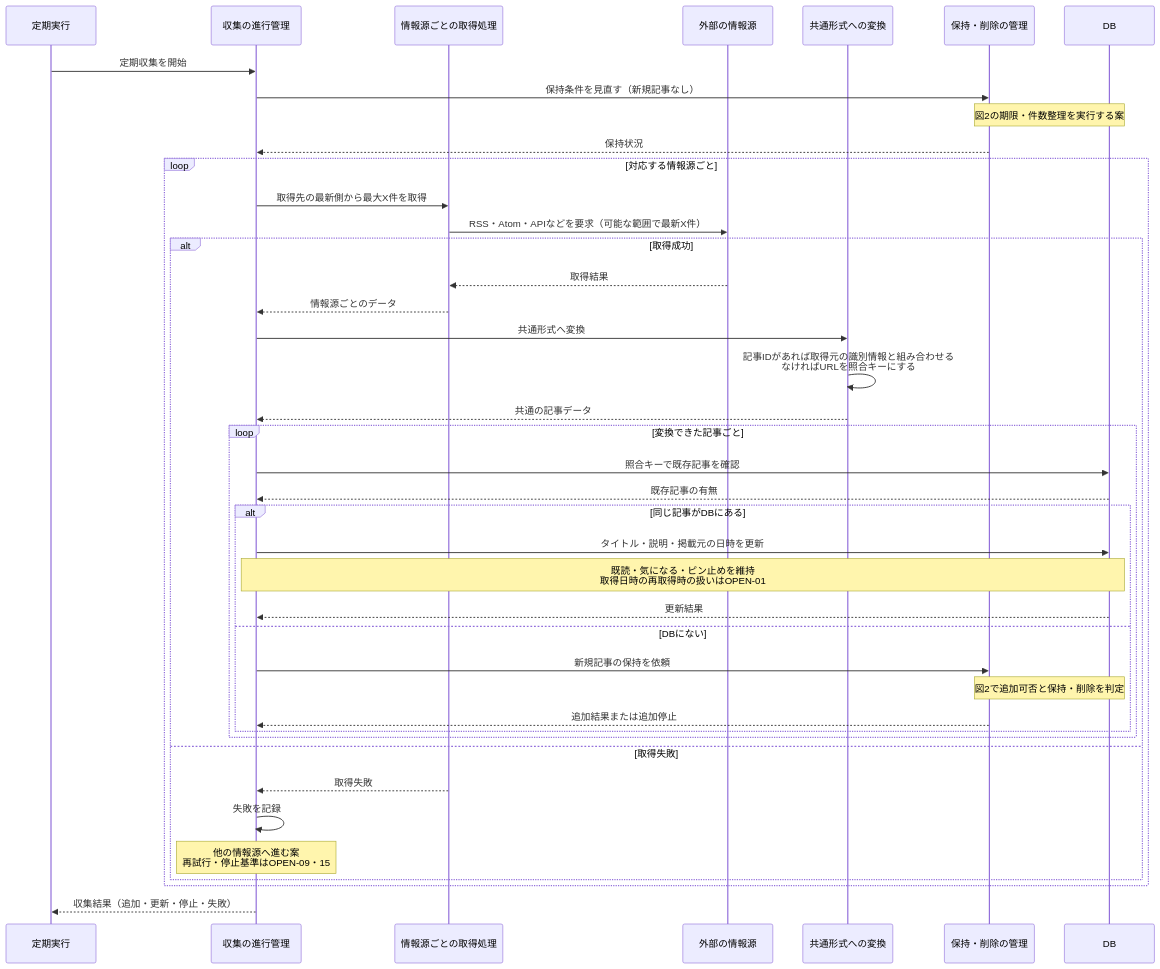
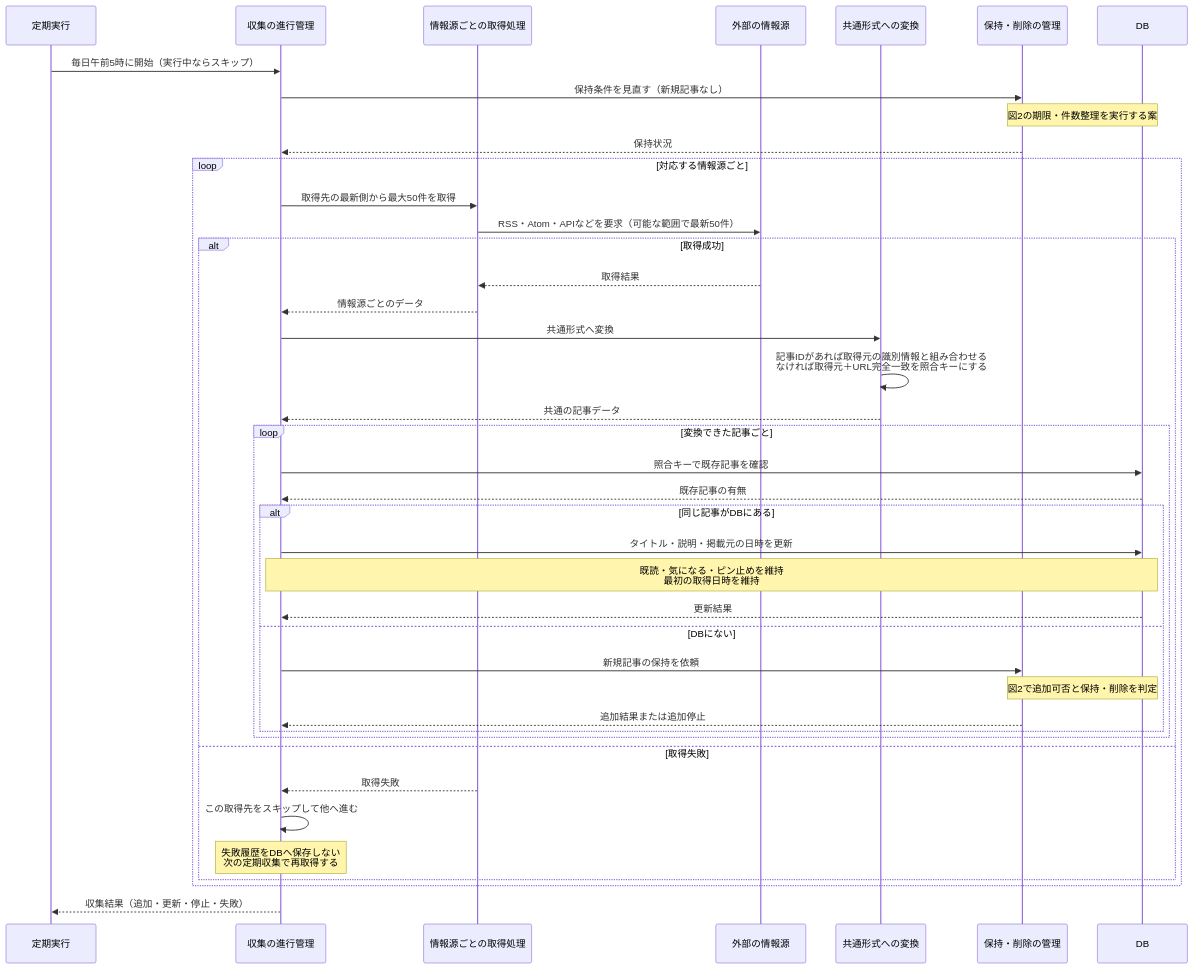
The first of 2 diagrams in docs/sequences-server.md (BeppuKanato/it-discovery), drawn with Mermaid before and after one commit. The commit also changed other lines of this file and 7 other files, not shown here.

````diff
--- a/docs/sequences-server.md
+++ b/docs/sequences-server.md
@@ -29,48 +29,48 @@
 ```mermaid
 sequenceDiagram
     participant Timer as 定期実行
     participant Collect as 収集の進行管理
     participant Fetch as 情報源ごとの取得処理
     participant Source as 外部の情報源
     participant Normalize as 共通形式への変換
     participant Keep as 保持・削除の管理
     participant DB as DB
 
-    Timer->>Collect: 定期収集を開始
+    Timer->>Collect: 毎日午前5時に開始（実行中ならスキップ）
     Collect->>Keep: 保持条件を見直す（新規記事なし）
     Note over Keep,DB: 図2の期限・件数整理を実行する案
     Keep-->>Collect: 保持状況
 
     loop 対応する情報源ごと
-        Collect->>Fetch: 取得先の最新側から最大X件を取得
-        Fetch->>Source: RSS・Atom・APIなどを要求（可能な範囲で最新X件）
+        Collect->>Fetch: 取得先の最新側から最大50件を取得
+        Fetch->>Source: RSS・Atom・APIなどを要求（可能な範囲で最新50件）
         alt 取得成功
             Source-->>Fetch: 取得結果
             Fetch-->>Collect: 情報源ごとのデータ
             Collect->>Normalize: 共通形式へ変換
-            Normalize->>Normalize: 記事IDがあれば取得元の識別情報と組み合わせる<br/>なければURLを照合キーにする
+            Normalize->>Normalize: 記事IDがあれば取得元の識別情報と組み合わせる<br/>なければ取得元＋URL完全一致を照合キーにする
             Normalize-->>Collect: 共通の記事データ
 
             loop 変換できた記事ごと
                 Collect->>DB: 照合キーで既存記事を確認
                 DB-->>Collect: 既存記事の有無
 
                 alt 同じ記事がDBにある
                     Collect->>DB: タイトル・説明・掲載元の日時を更新
-                    Note over Collect,DB: 既読・気になる・ピン止めを維持<br/>取得日時の再取得時の扱いはOPEN-01
+                    Note over Collect,DB: 既読・気になる・ピン止めを維持<br/>最初の取得日時を維持
                     DB-->>Collect: 更新結果
                 else DBにない
                     Collect->>Keep: 新規記事の保持を依頼
                     Note over Keep,DB: 図2で追加可否と保持・削除を判定
                     Keep-->>Collect: 追加結果または追加停止
                 end
             end
 
         else 取得失敗
             Fetch-->>Collect: 取得失敗
-            Collect->>Collect: 失敗を記録
-            Note over Collect: 他の情報源へ進む案<br/>再試行・停止基準はOPEN-09・15
+            Collect->>Collect: この取得先をスキップして他へ進む
+            Note over Collect: 失敗履歴をDBへ保存しない<br/>次の定期収集で再取得する
         end
     end
     Collect-->>Timer: 収集結果（追加・更新・停止・失敗）
 ```
````
